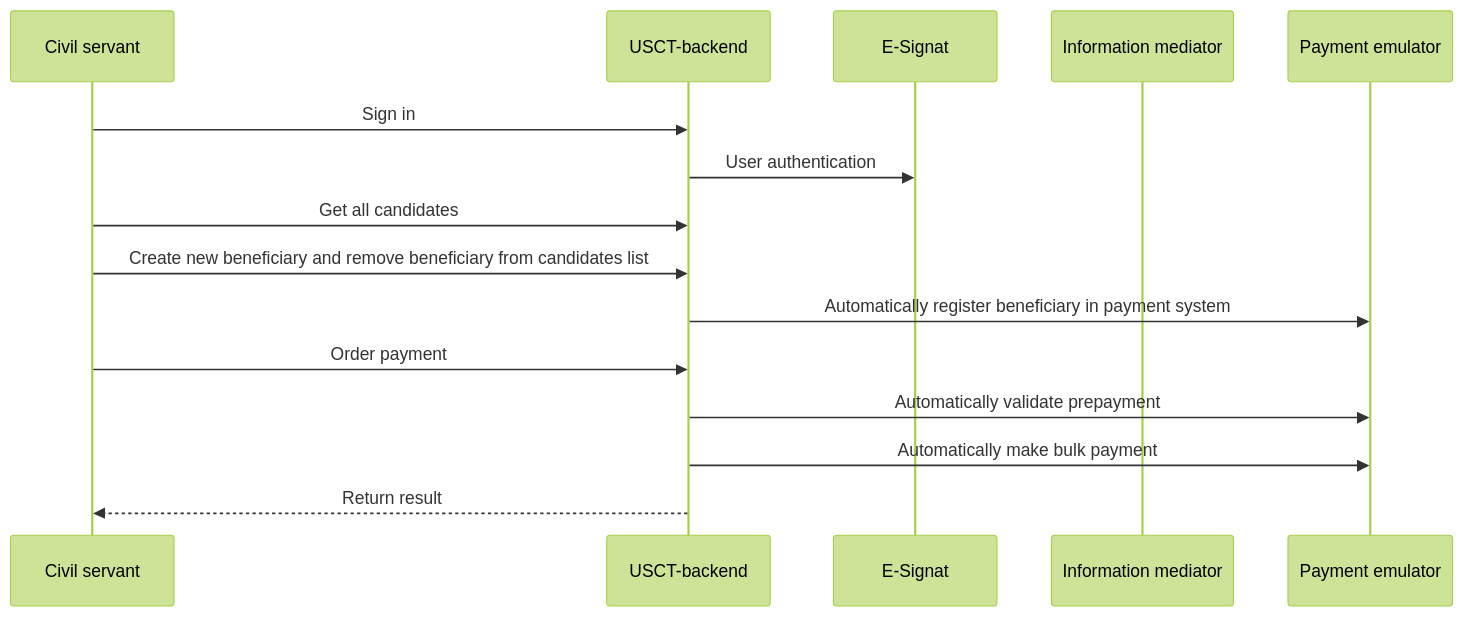
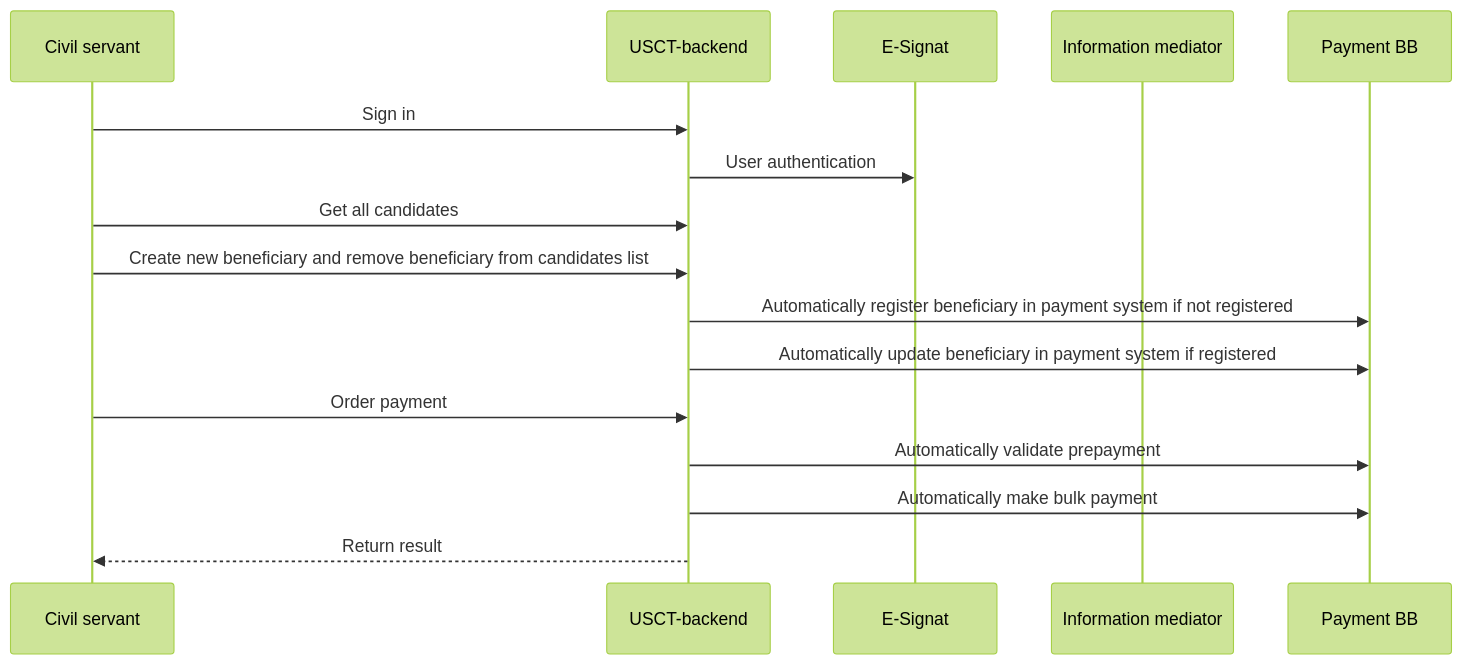
The diagram in docs/main.md (GovStackWorkingGroup/sandbox-usecase-usct-backend), drawn with Mermaid (forest theme) before and after one commit. The commit also changed other lines of this file and 1 other file, not shown here.

Commit message:
SND-542: Documentation of Payment BB Emulator and Payment BB PaymentHub implementation

````diff
--- a/docs/main.md
+++ b/docs/main.md
@@ -17,15 +17,16 @@
 ```mermaid
 sequenceDiagram
     Civil servant ->> USCT-backend: Sign in
     USCT-backend ->> E-Signat: User authentication
     participant im as Information mediator
 
 %%  Civil servant ->> eSignet: /v1/esignet/authorization/userinfo //GET no need for sign in step 
     Civil servant ->> USCT-backend: Get all candidates
     Civil servant ->> USCT-backend: Create new beneficiary and remove beneficiary from candidates list
-    USCT-backend ->> Payment emulator: Automatically register beneficiary in payment system
+    USCT-backend ->> Payment BB: Automatically register beneficiary in payment system if not registered
+    USCT-backend ->> Payment BB: Automatically update beneficiary in payment system if registered
     Civil servant ->> USCT-backend: Order payment
-    USCT-backend ->> Payment emulator: Automatically validate prepayment
-    USCT-backend ->> Payment emulator: Automatically make bulk payment
+    USCT-backend ->> Payment BB: Automatically validate prepayment
+    USCT-backend ->> Payment BB: Automatically make bulk payment
     USCT-backend -->> Civil servant: Return result
 ```
````
